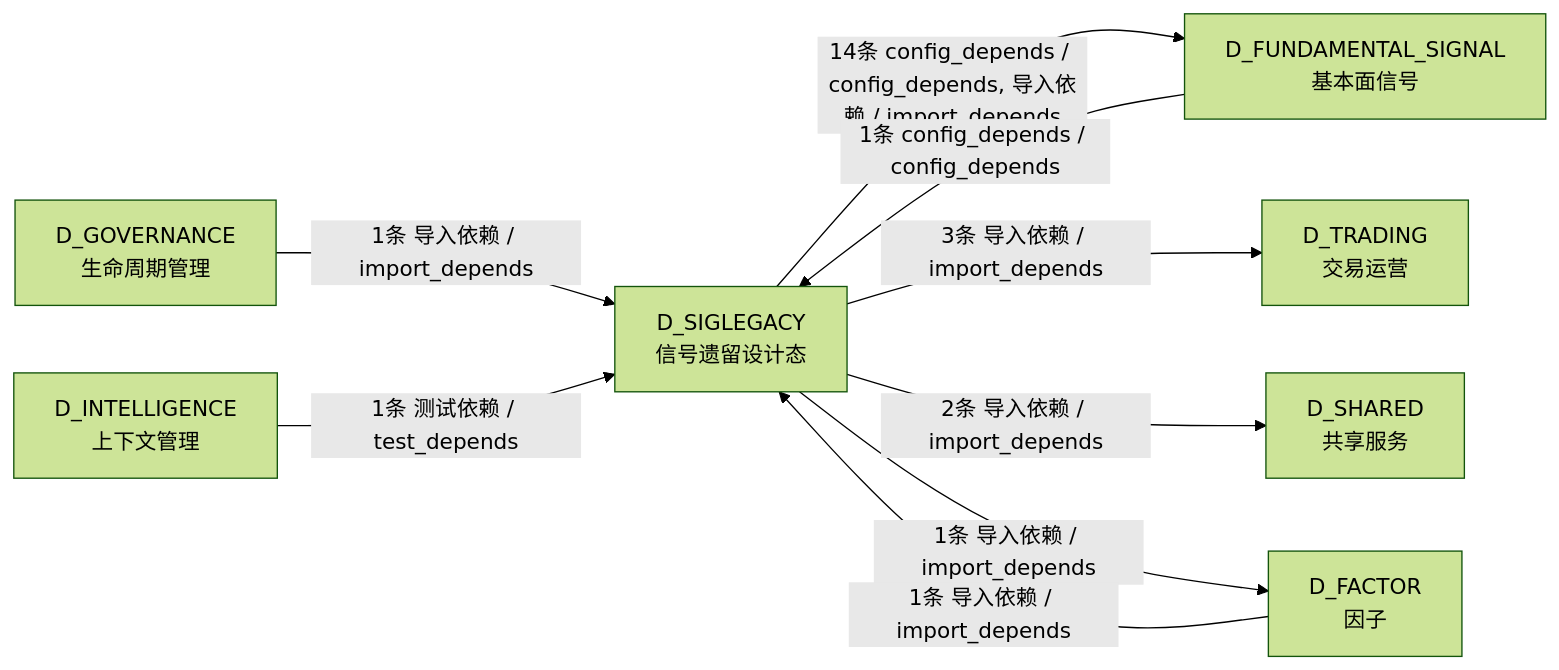
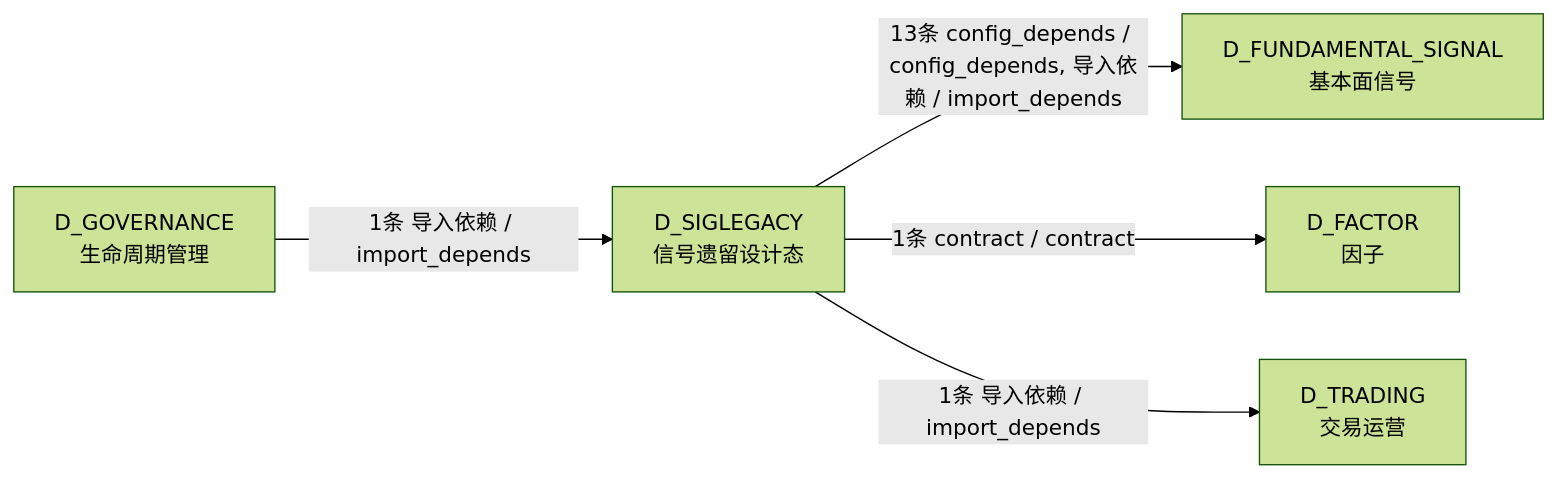
One commit to xuanFelixVan/ZephyrAlpha changed the third of 3 diagrams in docs/02_enterprise_architecture/02_domain_architecture_docs/63_d_siglegacy.md. Above: the diagram before and after it, drawn with Mermaid (forest theme). The commit also changed other lines of this file and 85 other files, not shown here.

````diff
--- a/docs/02_enterprise_architecture/02_domain_architecture_docs/63_d_siglegacy.md
+++ b/docs/02_enterprise_architecture/02_domain_architecture_docs/63_d_siglegacy.md
@@ -262,18 +222,12 @@
 ```mermaid
 graph LR
     D_SIGLEGACY["D_SIGLEGACY<br/>信号遗留设计态"]
     D_FUNDAMENTAL_SIGNAL["D_FUNDAMENTAL_SIGNAL<br/>基本面信号"]
+    D_FACTOR["D_FACTOR<br/>因子"]
     D_TRADING["D_TRADING<br/>交易运营"]
-    D_SHARED["D_SHARED<br/>共享服务"]
-    D_FACTOR["D_FACTOR<br/>因子"]
     D_GOVERNANCE["D_GOVERNANCE<br/>生命周期管理"]
-    D_INTELLIGENCE["D_INTELLIGENCE<br/>上下文管理"]
-    D_SIGLEGACY -->|14条 config_depends / config_depends, 导入依赖 / import_depends| D_FUNDAMENTAL_SIGNAL
-    D_SIGLEGACY -->|3条 导入依赖 / import_depends| D_TRADING
-    D_SIGLEGACY -->|2条 导入依赖 / import_depends| D_SHARED
-    D_SIGLEGACY -->|1条 导入依赖 / import_depends| D_FACTOR
-    D_FACTOR -->|1条 导入依赖 / import_depends| D_SIGLEGACY
-    D_FUNDAMENTAL_SIGNAL -->|1条 config_depends / config_depends| D_SIGLEGACY
+    D_SIGLEGACY -->|13条 config_depends / config_depends, 导入依赖 / import_depends| D_FUNDAMENTAL_SIGNAL
+    D_SIGLEGACY -->|1条 contract / contract| D_FACTOR
+    D_SIGLEGACY -->|1条 导入依赖 / import_depends| D_TRADING
     D_GOVERNANCE -->|1条 导入依赖 / import_depends| D_SIGLEGACY
-    D_INTELLIGENCE -->|1条 测试依赖 / test_depends| D_SIGLEGACY
 ```
````
